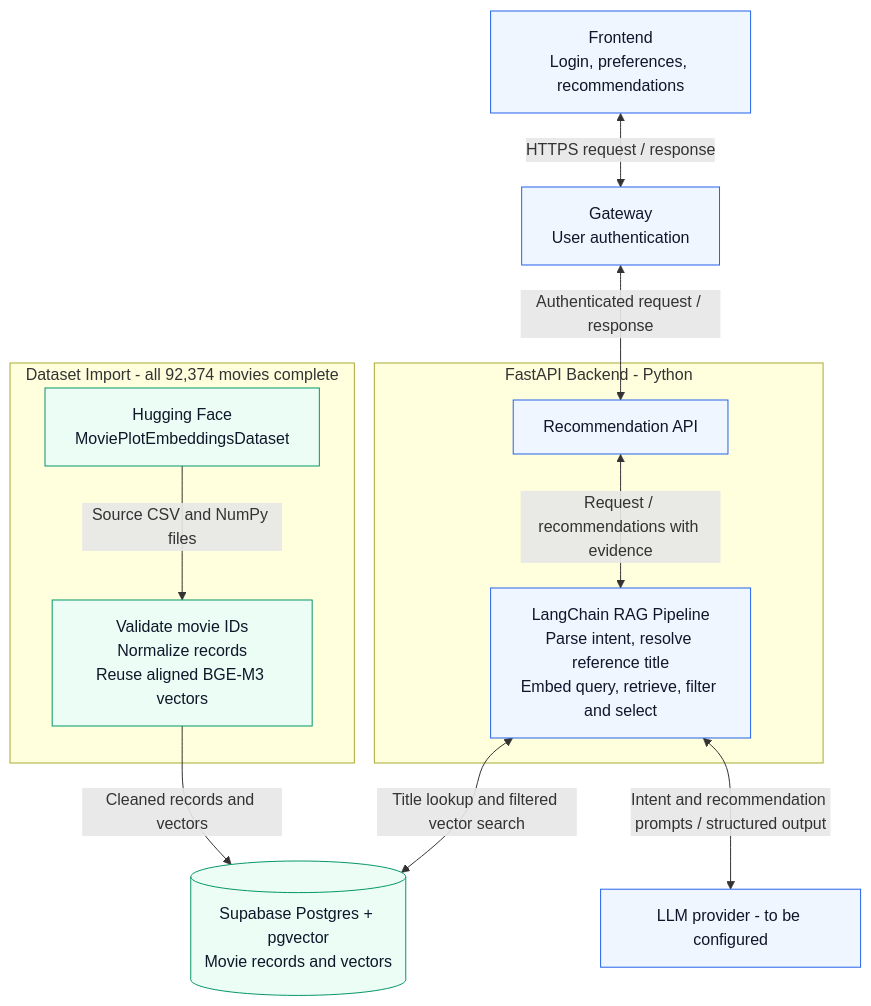
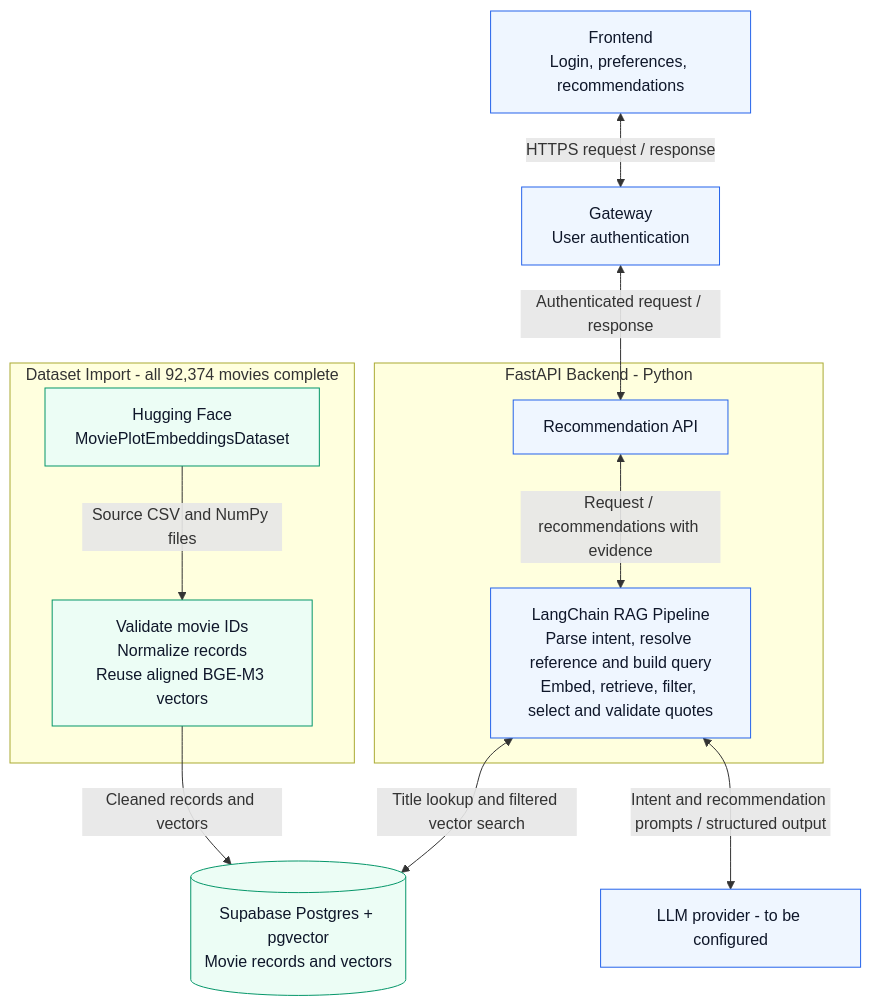
The diagram in docs/project-plan.md (Ed1sonL1-byte/v-me-50), drawn with Mermaid before and after one commit. The commit also changed other lines of this file and 40 other files, not shown here.

````diff
--- a/docs/project-plan.md
+++ b/docs/project-plan.md
@@ -18,26 +18,26 @@
 ```mermaid
 flowchart TB
     frontend["Frontend<br/>Login, preferences, recommendations"]
     gateway["Gateway<br/>User authentication"]
     subgraph backend["FastAPI Backend - Python"]
         api["Recommendation API"]
-        chain["LangChain RAG Pipeline<br/>Parse intent, resolve reference title<br/>Embed query, retrieve, filter and select"]
+        chain["LangChain RAG Pipeline<br/>Parse intent, resolve reference and build query<br/>Embed, retrieve, filter, select and validate quotes"]
         api <-->|Request / recommendations with evidence| chain
     end
     frontend <-->|HTTPS request / response| gateway
     gateway <-->|Authenticated request / response| api
     chain <-->|Title lookup and filtered vector search| postgres[("Supabase Postgres + pgvector<br/>Movie records and vectors")]
     chain <-->|Intent and recommendation prompts / structured output| llm["LLM provider - to be configured"]
 
     subgraph ingestion["Dataset Import - all 92,374 movies complete"]
         dataset["Hugging Face<br/>MoviePlotEmbeddingsDataset"]
         clean["Validate movie IDs<br/>Normalize records<br/>Reuse aligned BGE-M3 vectors"]
         dataset -->|Source CSV and NumPy files| clean
     end
     clean -->|Cleaned records and vectors| postgres
 
     classDef service fill:#eff6ff,stroke:#2563eb,color:#0f172a
     classDef data fill:#ecfdf5,stroke:#059669,color:#0f172a
     class frontend,gateway,api,chain,llm service
     class postgres,dataset,clean data
 ```
````
